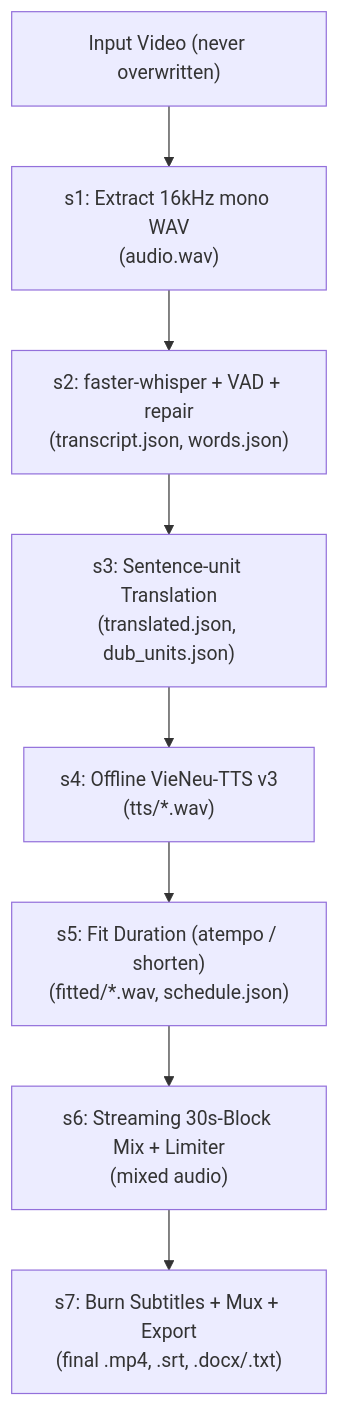
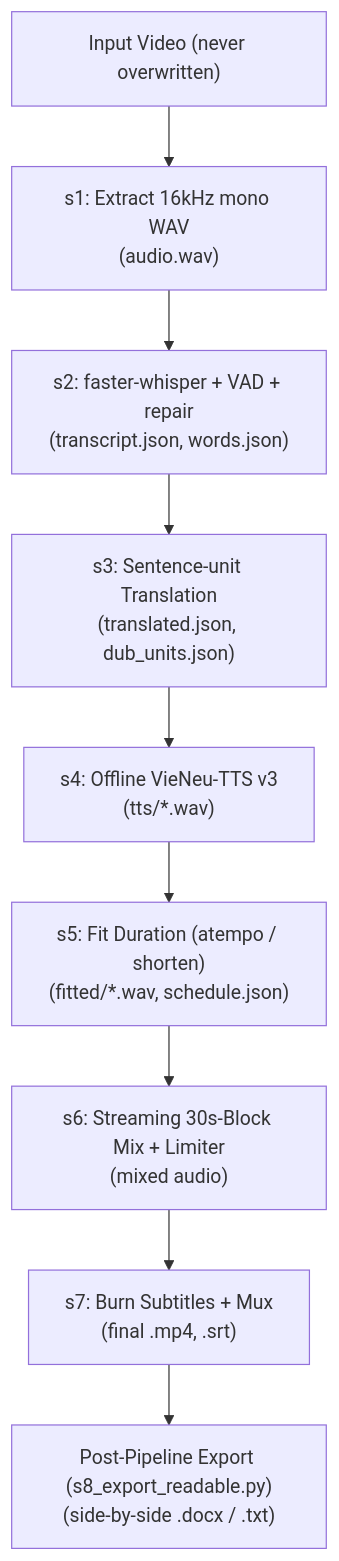
Before and after one commit to namtit2932k/dubtool: the second of 2 diagrams in docs/ARCHITECTURE.md, drawn with Mermaid. The commit also changed other lines of this file and 5 other files, not shown here.

````diff
--- a/docs/ARCHITECTURE.md
+++ b/docs/ARCHITECTURE.md
@@ -39,10 +40,11 @@
 ```mermaid
 flowchart TD
     IN["Input Video (never overwritten)"] --> S1["s1: Extract 16kHz mono WAV\n(audio.wav)"]
     S1 --> S2["s2: faster-whisper + VAD + repair\n(transcript.json, words.json)"]
     S2 --> S3["s3: Sentence-unit Translation\n(translated.json, dub_units.json)"]
     S3 --> S4["s4: Offline VieNeu-TTS v3\n(tts/*.wav)"]
     S4 --> S5["s5: Fit Duration (atempo / shorten)\n(fitted/*.wav, schedule.json)"]
     S5 --> S6["s6: Streaming 30s-Block Mix + Limiter\n(mixed audio)"]
-    S6 --> S7["s7: Burn Subtitles + Mux + Export\n(final .mp4, .srt, .docx/.txt)"]
+    S6 --> S7["s7: Burn Subtitles + Mux\n(final .mp4, .srt)"]
+    S7 --> EXP["Post-Pipeline Export (s8_export_readable.py)\n(side-by-side .docx / .txt)"]
 ```
````
